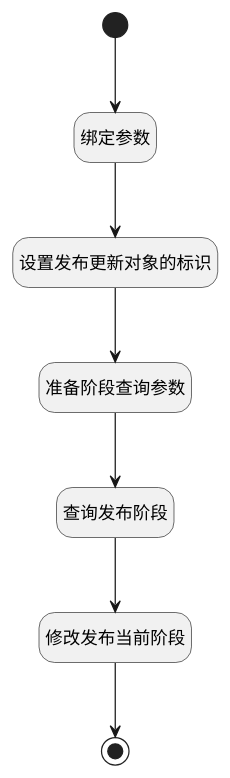
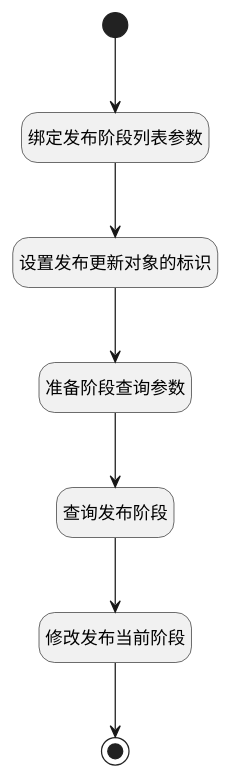
Before and after one commit to iBizLab/plm: the diagram in doc/docsify/module/ProjMgmt/release/logic/change_stage.md, drawn with PlantUML. The commit also changed other lines of this file and 1778 other files, not shown here.

````diff
--- a/doc/docsify/module/ProjMgmt/release/logic/change_stage.md
+++ b/doc/docsify/module/ProjMgmt/release/logic/change_stage.md
@@ -7,29 +7,29 @@
 ```plantuml
 @startuml
 hide empty description
 <style>
 root {
   HyperlinkColor #42b983
 }
 </style>
 
 hide empty description
 state "开始" as Begin <<start>> [[$./change_stage#begin {"开始"}]]
-state "绑定参数" as BINDPARAM1  [[$./change_stage#bindparam1 {"绑定参数"}]]
+state "绑定发布阶段列表参数" as BINDPARAM1  [[$./change_stage#bindparam1 {"绑定发布阶段列表参数"}]]
 state "设置发布更新对象的标识" as PREPAREPARAM1  [[$./change_stage#prepareparam1 {"设置发布更新对象的标识"}]]
 state "准备阶段查询参数" as PREPAREPARAM2  [[$./change_stage#prepareparam2 {"准备阶段查询参数"}]]
 state "查询发布阶段" as DEDATASET1  [[$./change_stage#dedataset1 {"查询发布阶段"}]]
 state "修改发布当前阶段" as RAWSFCODE2  [[$./change_stage#rawsfcode2 {"修改发布当前阶段"}]]
 state "结束" as END1 <<end>> [[$./change_stage#end1 {"结束"}]]
 
 
 Begin --> BINDPARAM1
 BINDPARAM1 --> PREPAREPARAM1
 PREPAREPARAM1 --> PREPAREPARAM2
 PREPAREPARAM2 --> DEDATASET1
 DEDATASET1 --> RAWSFCODE2
 RAWSFCODE2 --> END1
 
 
 @enduml
 ```
````
